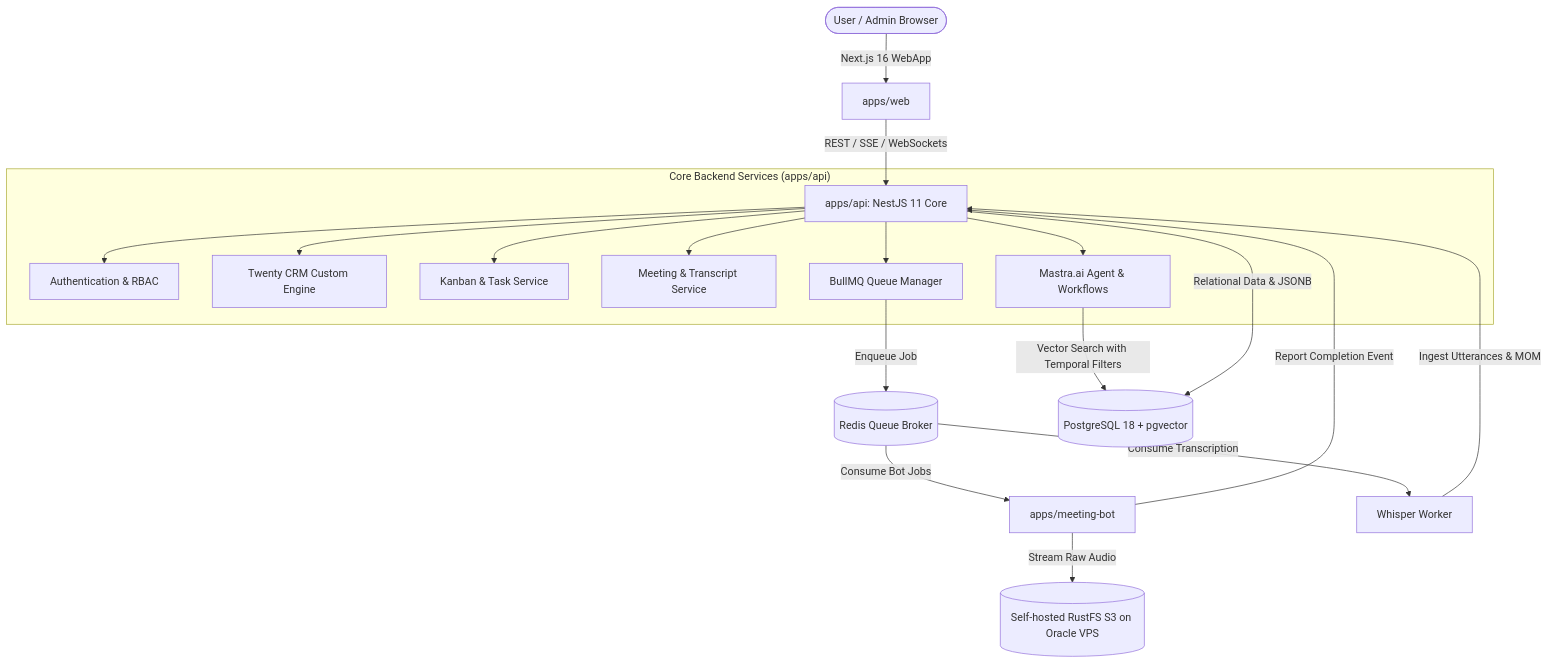
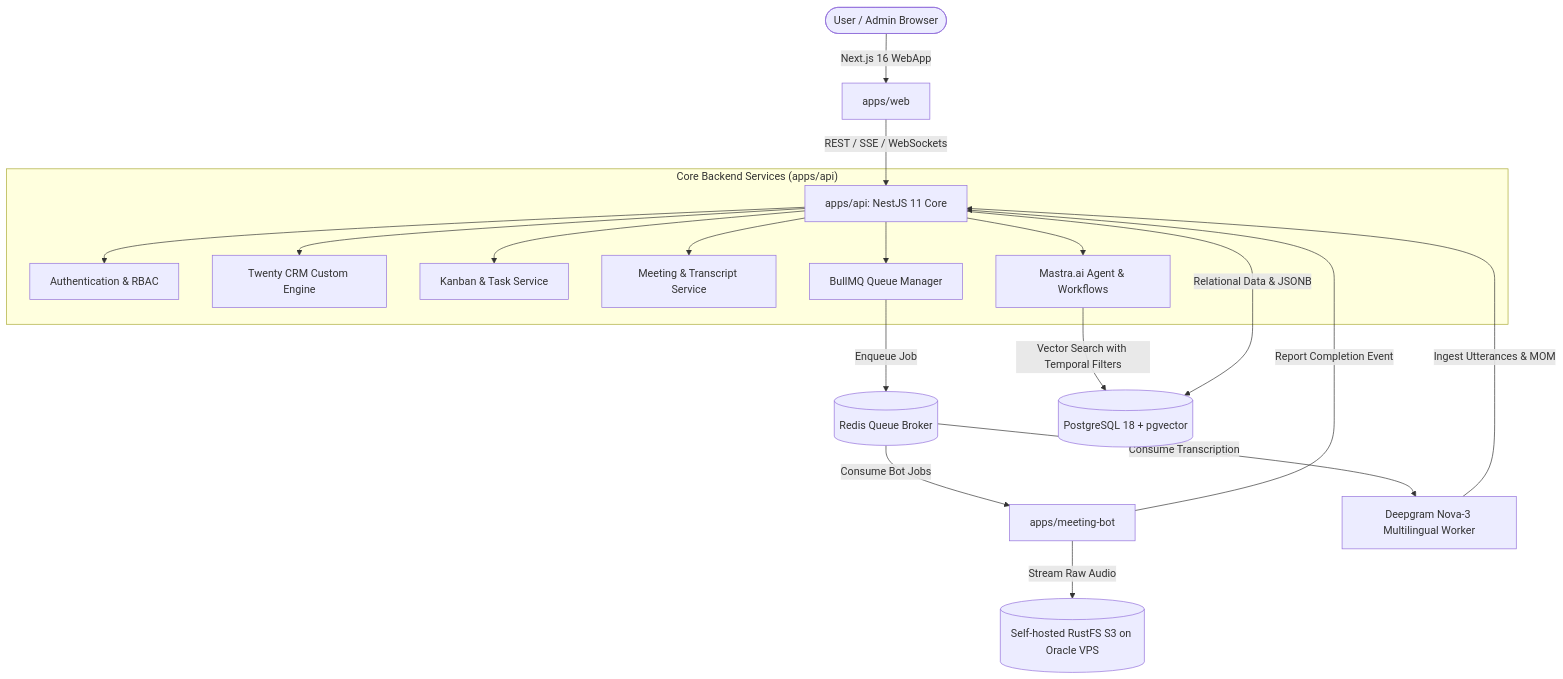
One commit to Gyaanendra/kara changed the diagram in docs/01_ARCHITECTURE_AND_SYSTEM_OVERVIEW.md. Above: the diagram before and after it, drawn with Mermaid. The commit also changed 15 other files, not shown here.

````diff
--- a/docs/01_ARCHITECTURE_AND_SYSTEM_OVERVIEW.md
+++ b/docs/01_ARCHITECTURE_AND_SYSTEM_OVERVIEW.md
@@ -33,24 +33,24 @@
 ```mermaid
 graph TD
     User(["User / Admin Browser"]) -->|"Next.js 16 WebApp"| Web["apps/web"]
     Web -->|"REST / SSE / WebSockets"| API["apps/api: NestJS 11 Core"]
 
     subgraph Core_Backend ["Core Backend Services (apps/api)"]
         API --> Auth["Authentication & RBAC"]
         API --> CRM["Twenty CRM Custom Engine"]
         API --> Tasks["Kanban & Task Service"]
         API --> Meetings["Meeting & Transcript Service"]
         API --> MastraService["Mastra.ai Agent & Workflows"]
         API --> QueueProducer["BullMQ Queue Manager"]
     end
 
     QueueProducer -->|"Enqueue Job"| RedisBroker[("Redis Queue Broker")]
     RedisBroker -->|"Consume Bot Jobs"| Bot["apps/meeting-bot"]
     Bot -->|"Stream Raw Audio"| RustFS[("Self-hosted RustFS S3 on Oracle VPS")]
     Bot -->|"Report Completion Event"| API
 
-    RedisBroker -->|"Consume Transcription"| Worker["Whisper Worker"]
+    RedisBroker -->|"Consume Transcription"| Worker["Deepgram Nova-3 Multilingual Worker"]
     Worker -->|"Ingest Utterances & MOM"| API
     MastraService -->|"Vector Search with Temporal Filters"| PostgresDB[("PostgreSQL 18 + pgvector")]
     API -->|"Relational Data & JSONB"| PostgresDB
 ```
````
